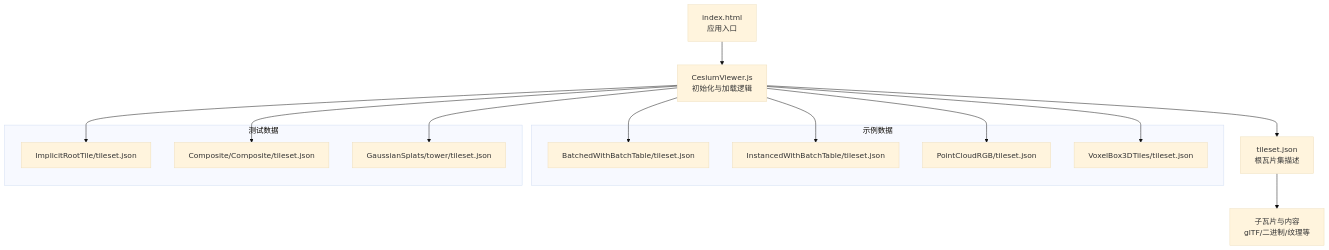
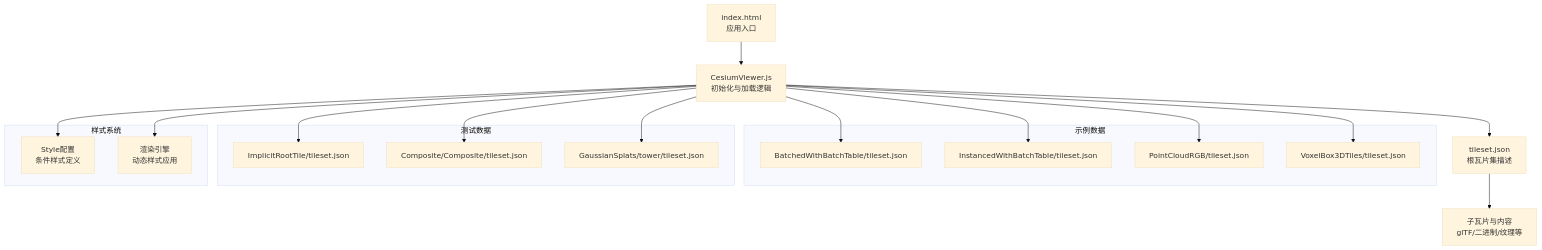
Before and after one commit to rzhangjing/cesium: the first of 7 diagrams in .qoder/repowiki/zh/content/项目概述/核心特性/3D数据格式支持/3D Tiles标准支持/3D Tiles标准支持.md, drawn with Mermaid (base theme). The commit also changed other lines of this file and 29 other files, not shown here.

````diff
--- a/.qoder/repowiki/zh/content/项目概述/核心特性/3D数据格式支持/3D Tiles标准支持/3D Tiles标准支持.md
+++ b/.qoder/repowiki/zh/content/项目概述/核心特性/3D数据格式支持/3D Tiles标准支持/3D Tiles标准支持.md
@@ -50,24 +51,30 @@
 ```mermaid
 graph TB
 A["index.html<br/>应用入口"] --> B["CesiumViewer.js<br/>初始化与加载逻辑"]
 B --> C["tileset.json<br/>根瓦片集描述"]
 C --> D["子瓦片与内容<br/>glTF/二进制/纹理等"]
 subgraph "示例数据"
 E["BatchedWithBatchTable/tileset.json"]
 F["InstancedWithBatchTable/tileset.json"]
 G["PointCloudRGB/tileset.json"]
 H["VoxelBox3DTiles/tileset.json"]
 end
 subgraph "测试数据"
 I["ImplicitRootTile/tileset.json"]
 J["Composite/Composite/tileset.json"]
 K["GaussianSplats/tower/tileset.json"]
 end
+subgraph "样式系统"
+L["Style配置<br/>条件样式定义"]
+M["渲染引擎<br/>动态样式应用"]
+end
 B --> E
 B --> F
 B --> G
 B --> H
 B --> I
 B --> J
 B --> K
+B --> L
+B --> M
 ```
````
